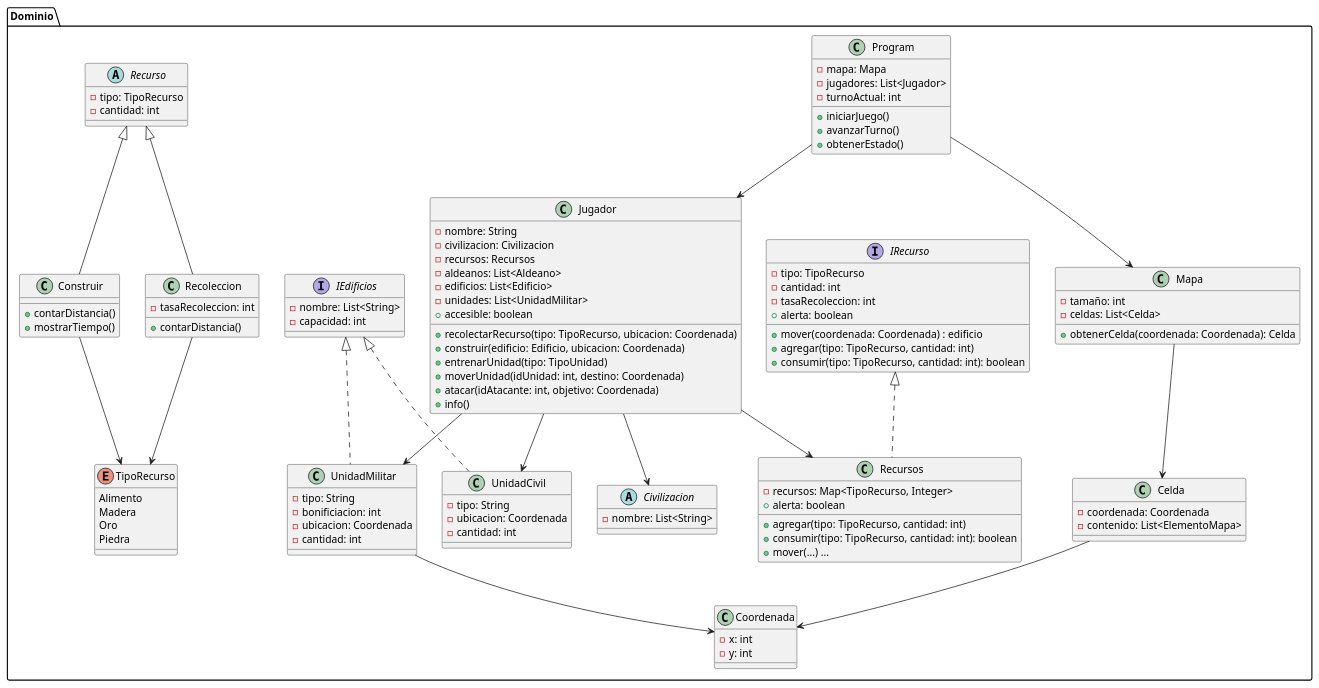
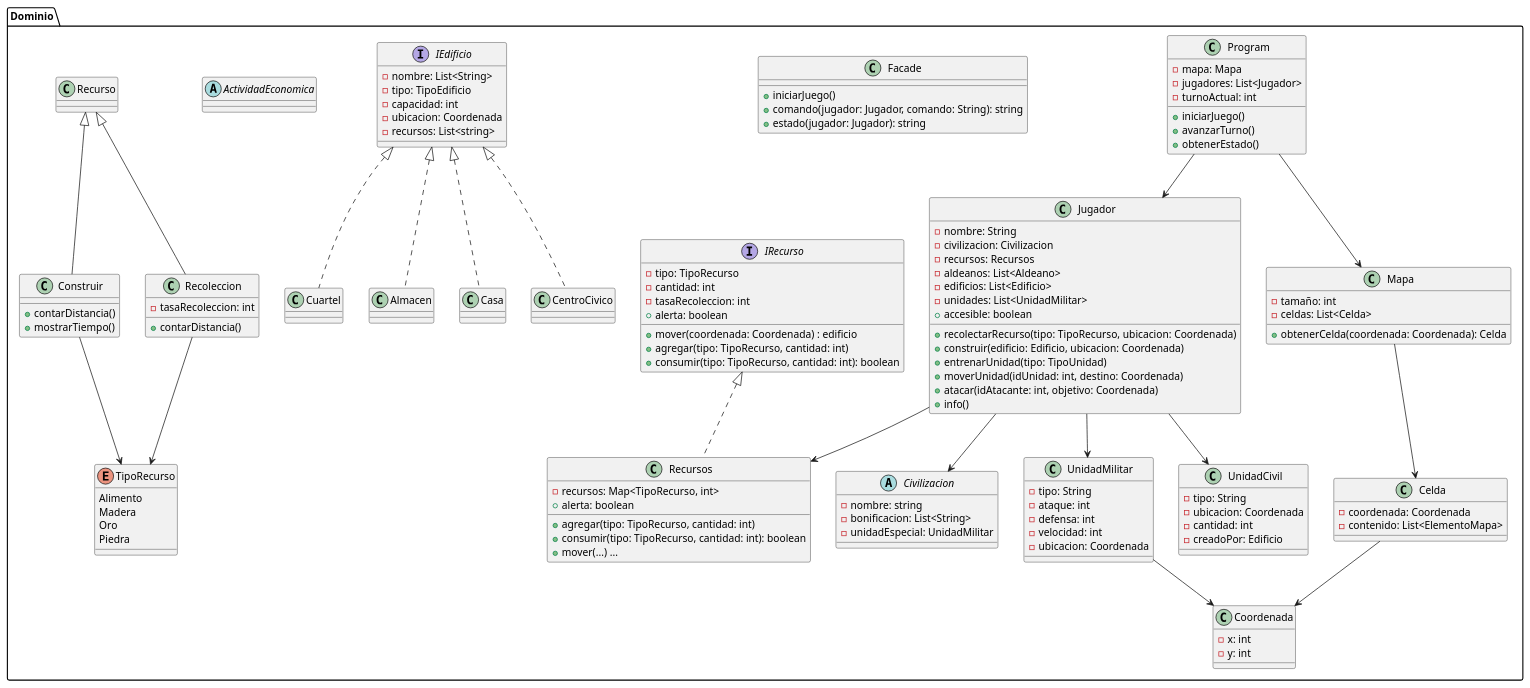
One commit to mcaetano7/proyectop22025 changed the diagram in src/scratch.puml. Above: the diagram before and after it, drawn with PlantUML.

Commit message:
otra version um

```diff
--- a/src/scratch.puml
+++ b/src/scratch.puml
@@ -1,126 +1,153 @@
 @startuml PIIProyecto2025
 
 ' Paquete principal
 package "Dominio" {
     
     class Program {
         - mapa: Mapa
         - jugadores: List<Jugador>
         - turnoActual: int
         + iniciarJuego()
         + avanzarTurno()
         + obtenerEstado()
+    }
+    
+    class Facade{
+    + iniciarJuego()
+    + comando(jugador: Jugador, comando: String): string
+    + estado(jugador: Jugador): string
     }
 
     class Jugador{
         - nombre: String
         - civilizacion: Civilizacion
         - recursos: Recursos
         - aldeanos: List<Aldeano>
         - edificios: List<Edificio>
         - unidades: List<UnidadMilitar>
         + recolectarRecurso(tipo: TipoRecurso, ubicacion: Coordenada)
         + construir(edificio: Edificio, ubicacion: Coordenada)
         + entrenarUnidad(tipo: TipoUnidad)
         + moverUnidad(idUnidad: int, destino: Coordenada)
         + atacar(idAtacante: int, objetivo: Coordenada)
         + accesible: boolean
         + info()
     }
 
     class Mapa {
         - tamaño: int
         - celdas: List<Celda>
         + obtenerCelda(coordenada: Coordenada): Celda
     }
 
     class Celda{
         - coordenada: Coordenada
         - contenido: List<ElementoMapa>
     }
 
     class Coordenada {
         - x: int
         - y: int
     }
 
     interface IRecurso {
         - tipo: TipoRecurso
         - cantidad: int
         - tasaRecoleccion: int
         + mover(coordenada: Coordenada) : edificio
         + agregar(tipo: TipoRecurso, cantidad: int)
         + consumir(tipo: TipoRecurso, cantidad: int): boolean
         + alerta: boolean 
         
     }
 
     enum TipoRecurso {
         Alimento
         Madera
         Oro 
         Piedra
     }
     
     abstract class Civilizacion{
-        - nombre: List<String>
+        - nombre: string
+        - bonificacion: List<String>
+        - unidadEspecial: UnidadMilitar
     
     }
     
-    interface IEdificios{
+    interface IEdificio {
         - nombre: List<String>
-        - capacidad: int 
+        - tipo: TipoEdificio
+        - capacidad: int
+        - ubicacion: Coordenada
+        - recursos: List<string>
     }
     
-    class UnidadMilitar implements IEdificios {
+    class UnidadMilitar {
         - tipo: String
-        - bonificiacion: int
+        - ataque: int
+        - defensa: int
+        - velocidad: int
         - ubicacion: Coordenada
-        - cantidad: int
+    }
+    
+    class Cuartel implements IEdificio{
+    
+    }
+    
+    class Almacen implements IEdificio{
+    
+    }
+    
+    class Casa implements IEdificio{
+    }
+    
+    class CentroCivico implements IEdificio{
+    
     }
 
     
-    class UnidadCivil implements IEdificios{
+    class UnidadCivil {
         - tipo: String
         - ubicacion: Coordenada
         - cantidad: int
+        - creadoPor: Edificio
     
     }
     
     class Recursos implements IRecurso {
-        - recursos: Map<TipoRecurso, Integer>
+        - recursos: Map<TipoRecurso, int>
         + agregar(tipo: TipoRecurso, cantidad: int)
         + consumir(tipo: TipoRecurso, cantidad: int): boolean
         + mover(...) ...
         + alerta: boolean
     }
     
-    abstract class Recurso {
-    - tipo: TipoRecurso
-    - cantidad: int
+    abstract ActividadEconomica{
+      
     }
        
     class Construir extends Recurso{
     + contarDistancia()
     + mostrarTiempo()    
     }
     
     class Recoleccion extends Recurso{
     - tasaRecoleccion: int
     + contarDistancia()
     }
   
   Program --> Mapa
   Program --> Jugador
   Mapa --> Celda
   Jugador --> Civilizacion
   Jugador --> UnidadMilitar
   Jugador --> UnidadCivil
   Jugador --> Recursos
   Celda --> Coordenada
   UnidadMilitar --> Coordenada
   Construir --> TipoRecurso
   Recoleccion --> TipoRecurso 
 }
 
 @enduml
```
